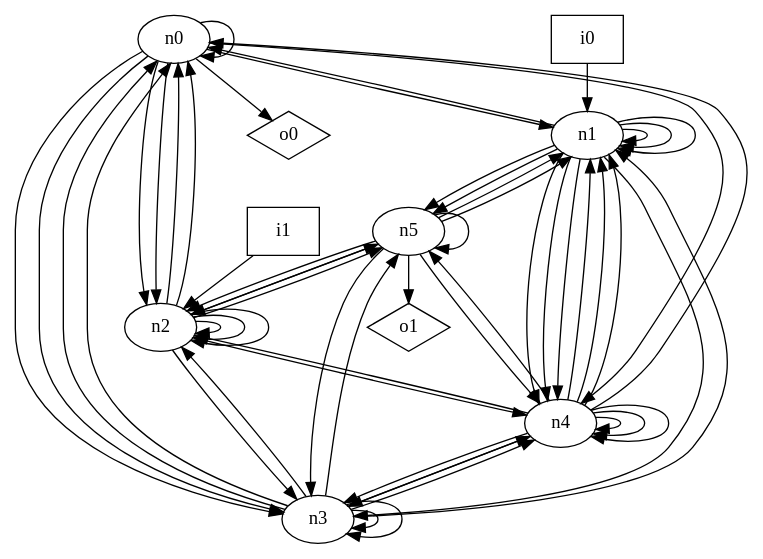
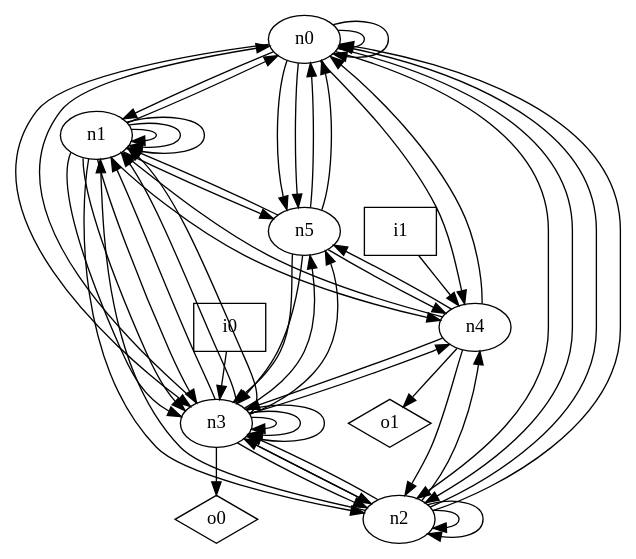
Before and after one commit to p9romain/bool-circuits: the diagram in dot_files/random/random_undirected_graph.dot, drawn with Graphviz. The commit also changed 44 other files, not shown here.

```diff
--- a/dot_files/random/random_undirected_graph.dot
+++ b/dot_files/random/random_undirected_graph.dot
@@ -1,69 +1,66 @@
 digraph G {
 n0 [label="n0"];
 n1 [label="n1"];
 n2 [label="n2"];
 n3 [label="n3"];
 n4 [label="n4"];
 n5 [label="n5"];
 n6 [label="i0",shape="box"];
 n7 [label="i1",shape="box"];
 n8 [label="o0",shape="diamond"];
 n9 [label="o1",shape="diamond"];
 n0 -> n0
+n0 -> n0
 n0 -> n1
 n0 -> n2
 n0 -> n2
 n0 -> n3
-n0 -> n3
 n0 -> n4
-n0 -> n8
+n0 -> n5
+n0 -> n5
 n1 -> n0
 n1 -> n1
 n1 -> n1
 n1 -> n1
+n1 -> n2
+n1 -> n3
+n1 -> n3
 n1 -> n3
 n1 -> n4
-n1 -> n4
-n1 -> n4
-n1 -> n5
 n1 -> n5
 n2 -> n0
 n2 -> n0
-n2 -> n2
+n2 -> n1
 n2 -> n2
 n2 -> n2
 n2 -> n3
+n2 -> n3
 n2 -> n4
-n2 -> n5
-n2 -> n5
-n3 -> n0
 n3 -> n0
 n3 -> n1
+n3 -> n1
+n3 -> n1
+n3 -> n2
 n3 -> n2
 n3 -> n3
 n3 -> n3
-n3 -> n4
+n3 -> n3
 n3 -> n4
 n3 -> n5
+n3 -> n5
+n3 -> n8
 n4 -> n0
-n4 -> n1
-n4 -> n1
 n4 -> n1
 n4 -> n2
 n4 -> n3
-n4 -> n3
-n4 -> n4
-n4 -> n4
-n4 -> n4
 n4 -> n5
+n4 -> n9
+n5 -> n0
+n5 -> n0
 n5 -> n1
-n5 -> n1
-n5 -> n2
-n5 -> n2
+n5 -> n3
 n5 -> n3
 n5 -> n4
-n5 -> n5
-n5 -> n9
-n6 -> n1
-n7 -> n2
+n6 -> n3
+n7 -> n4
 }
```
